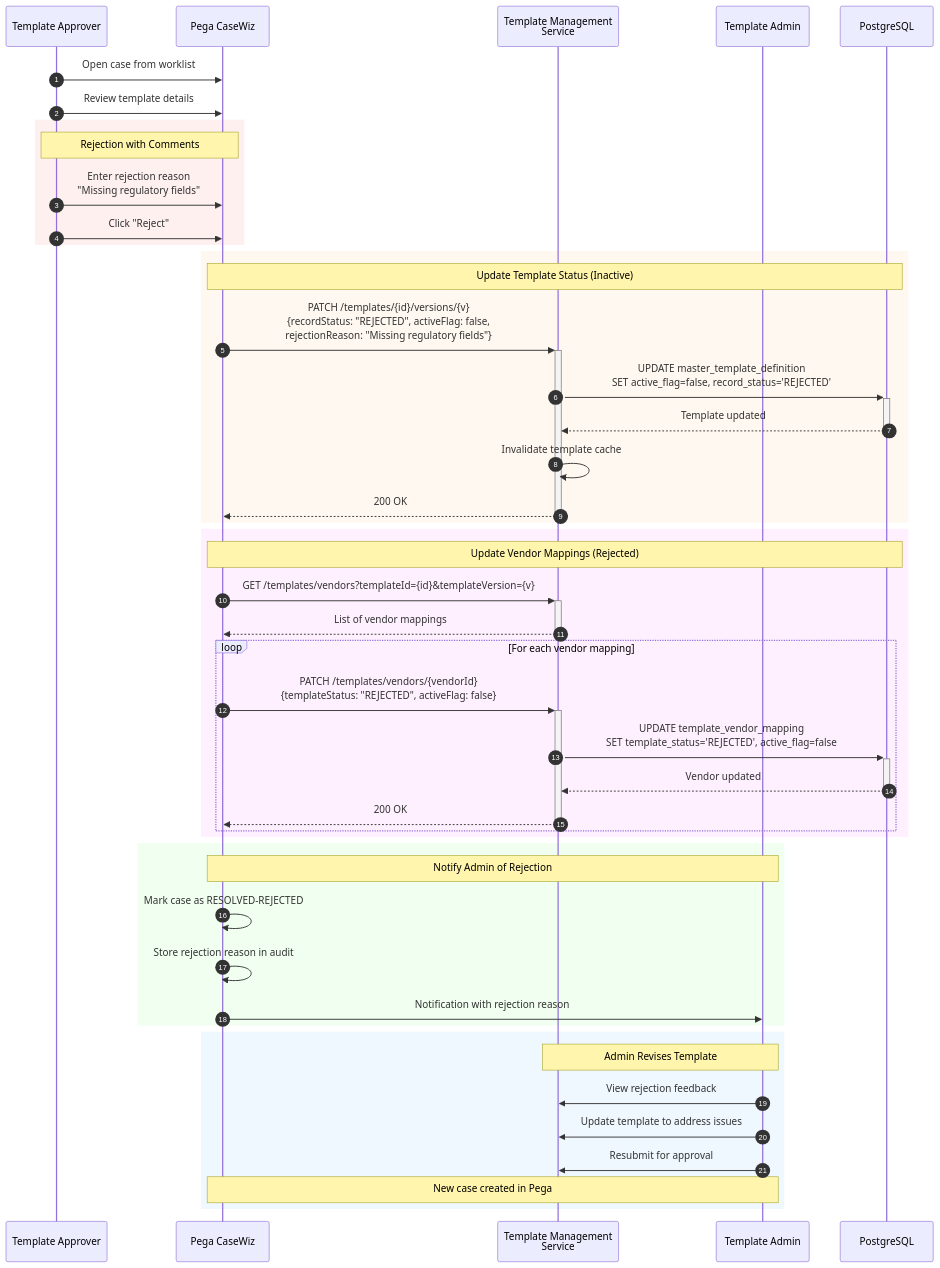
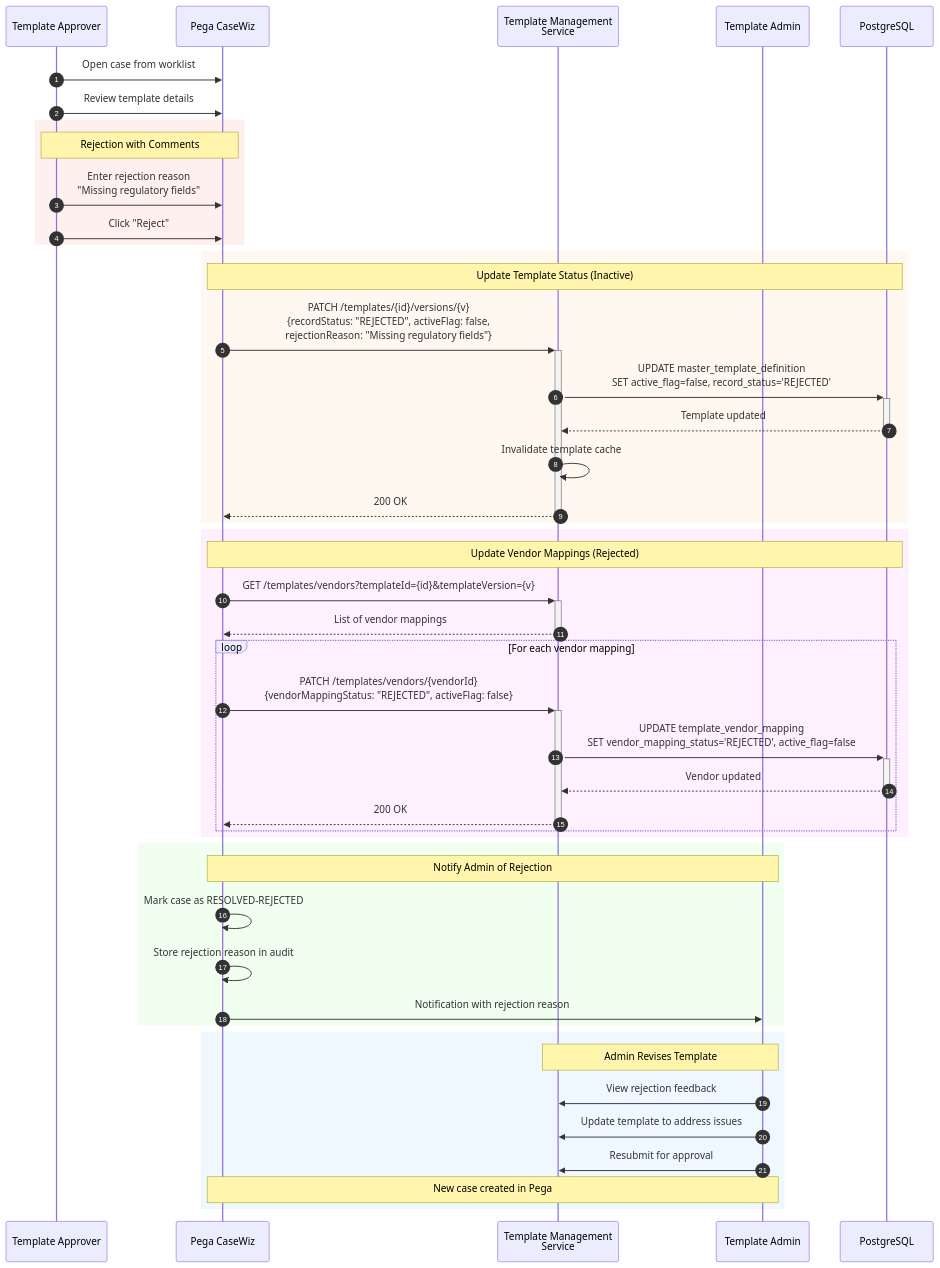
The tenth of 11 diagrams in docs/architecture/admin-portal-integration.md (ghmd86/template-management-service), drawn with Mermaid before and after one commit. The commit also changed other lines of this file, not shown here.

First line of the commit message:
Fix vendor mapping field name to vendor_mapping_status

````diff
--- a/docs/architecture/admin-portal-integration.md
+++ b/docs/architecture/admin-portal-integration.md
@@ -483,55 +483,55 @@
 ```mermaid
 sequenceDiagram
     autonumber
     participant Approver as Template Approver
     participant Pega as Pega CaseWiz
     participant TMS as Template Management<br/>Service
     participant Admin as Template Admin
     participant DB as PostgreSQL
 
     Approver->>Pega: Open case from worklist
     Approver->>Pega: Review template details
 
     rect rgb(255, 240, 240)
         Note over Approver,Pega: Rejection with Comments
         Approver->>Pega: Enter rejection reason<br/>"Missing regulatory fields"
         Approver->>Pega: Click "Reject"
     end
 
     rect rgb(255, 248, 240)
         Note over Pega,DB: Update Template Status (Inactive)
         Pega->>+TMS: PATCH /templates/{id}/versions/{v}<br/>{recordStatus: "REJECTED", activeFlag: false,<br/>rejectionReason: "Missing regulatory fields"}
         TMS->>+DB: UPDATE master_template_definition<br/>SET active_flag=false, record_status='REJECTED'
         DB-->>-TMS: Template updated
         TMS->>TMS: Invalidate template cache
         TMS-->>-Pega: 200 OK
     end
 
     rect rgb(255, 240, 255)
         Note over Pega,DB: Update Vendor Mappings (Rejected)
         Pega->>+TMS: GET /templates/vendors?templateId={id}&templateVersion={v}
         TMS-->>-Pega: List of vendor mappings
 
         loop For each vendor mapping
-            Pega->>+TMS: PATCH /templates/vendors/{vendorId}<br/>{templateStatus: "REJECTED", activeFlag: false}
-            TMS->>+DB: UPDATE template_vendor_mapping<br/>SET template_status='REJECTED', active_flag=false
+            Pega->>+TMS: PATCH /templates/vendors/{vendorId}<br/>{vendorMappingStatus: "REJECTED", activeFlag: false}
+            TMS->>+DB: UPDATE template_vendor_mapping<br/>SET vendor_mapping_status='REJECTED', active_flag=false
             DB-->>-TMS: Vendor updated
             TMS-->>-Pega: 200 OK
         end
     end
 
     rect rgb(240, 255, 240)
         Note over Pega,Admin: Notify Admin of Rejection
         Pega->>Pega: Mark case as RESOLVED-REJECTED
         Pega->>Pega: Store rejection reason in audit
         Pega->>Admin: Notification with rejection reason
     end
 
     rect rgb(240, 248, 255)
         Note over Admin,TMS: Admin Revises Template
         Admin->>TMS: View rejection feedback
         Admin->>TMS: Update template to address issues
         Admin->>TMS: Resubmit for approval
         Note over Admin,Pega: New case created in Pega
     end
 ```
````
